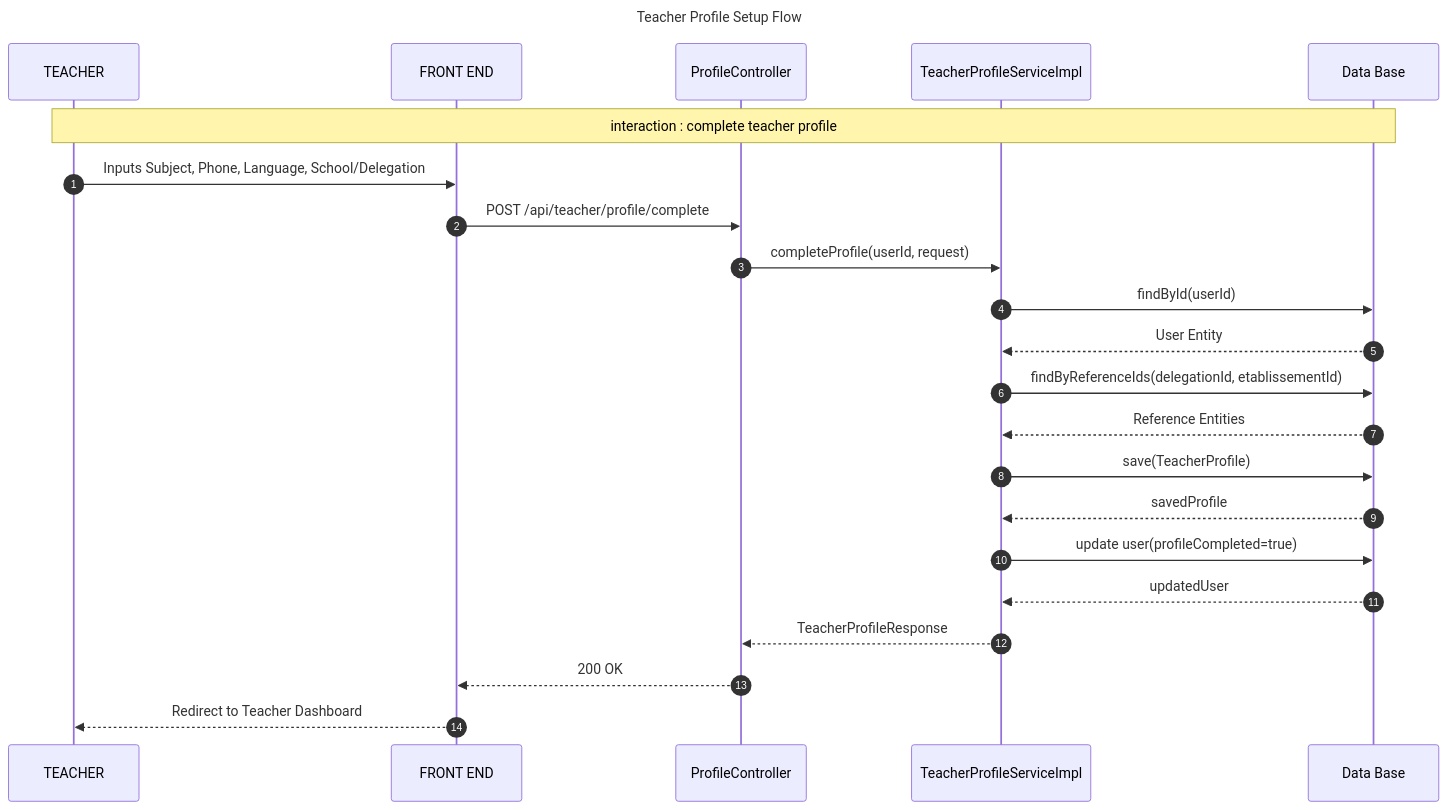
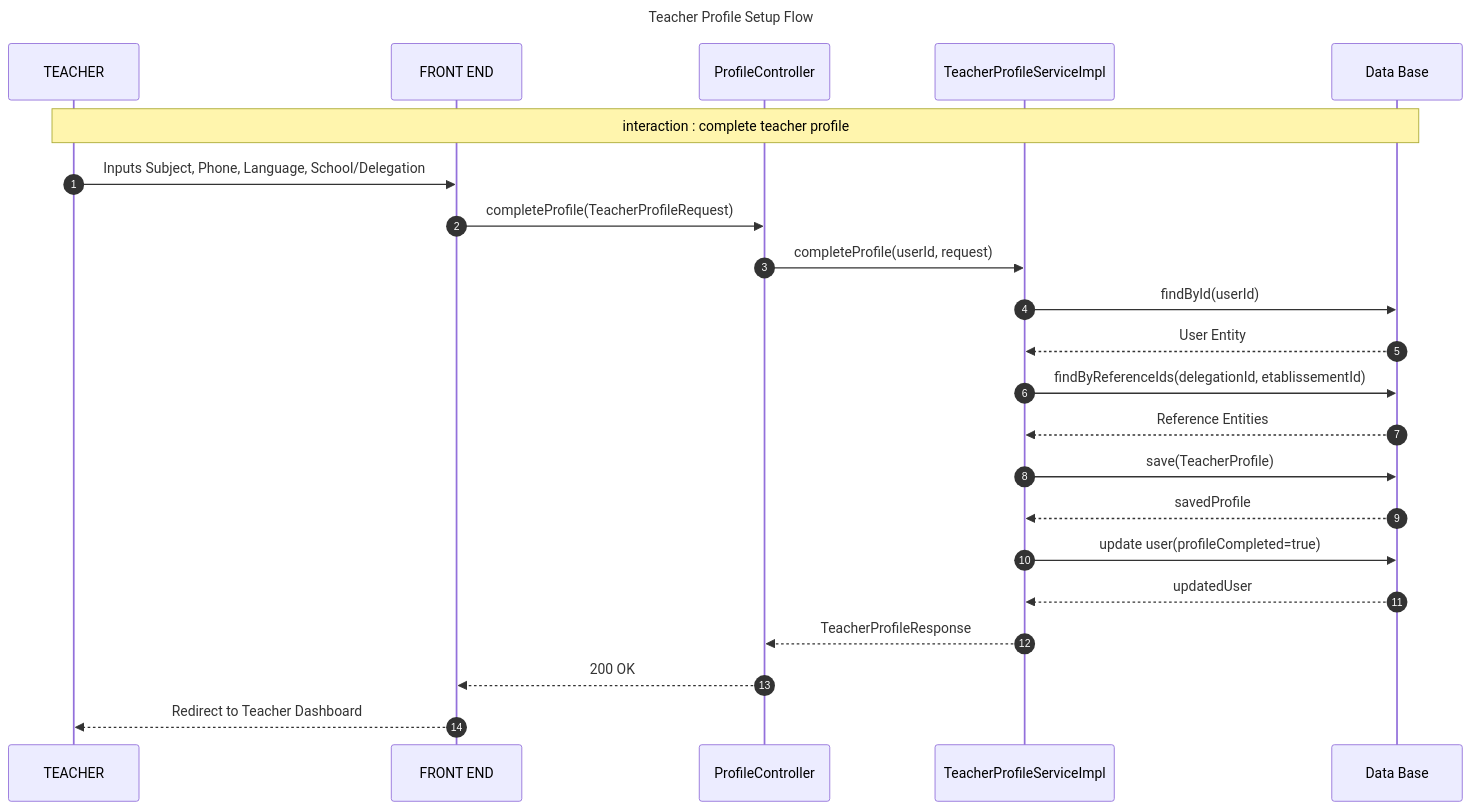
Before and after one commit to chbichibsofiene/inspector: the third of 4 diagrams in uml_diagrams/auth_and_profile_sequences.md, drawn with Mermaid. The commit also changed other lines of this file and 145 other files, not shown here.

Commit message:
Integrated mobile app, updated UI elements, and synced all UML diagrams with backend implementation

````diff
--- a/uml_diagrams/auth_and_profile_sequences.md
+++ b/uml_diagrams/auth_and_profile_sequences.md
@@ -108,32 +108,32 @@
 ```mermaid
 sequenceDiagram
     title: Teacher Profile Setup Flow
     autonumber
     participant USER as TEACHER
     participant FE as FRONT END
     participant PC as ProfileController
     participant TPS as TeacherProfileServiceImpl
     participant DB as Data Base
 
     Note over USER, DB: interaction : complete teacher profile
 
     USER->>FE: Inputs Subject, Phone, Language, School/Delegation
-    FE->>PC: POST /api/teacher/profile/complete
+    FE->>PC: completeProfile(TeacherProfileRequest)
     PC->>TPS: completeProfile(userId, request)
     
     TPS->>DB: findById(userId)
     DB-->>TPS: User Entity
     
     TPS->>DB: findByReferenceIds(delegationId, etablissementId)
     DB-->>TPS: Reference Entities
 
     TPS->>DB: save(TeacherProfile)
     DB-->>TPS: savedProfile
 
     TPS->>DB: update user(profileCompleted=true)
     DB-->>TPS: updatedUser
 
     TPS-->>PC: TeacherProfileResponse
     PC-->>FE: 200 OK
     FE-->>USER: Redirect to Teacher Dashboard
 ```
````
